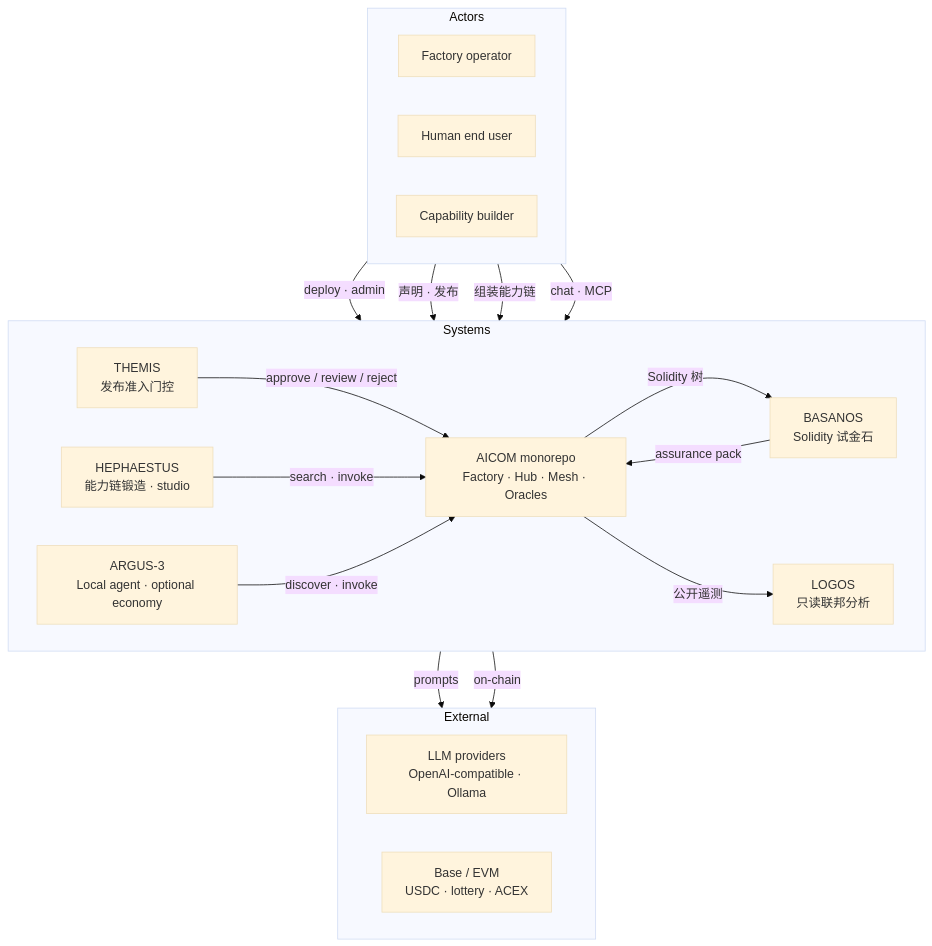
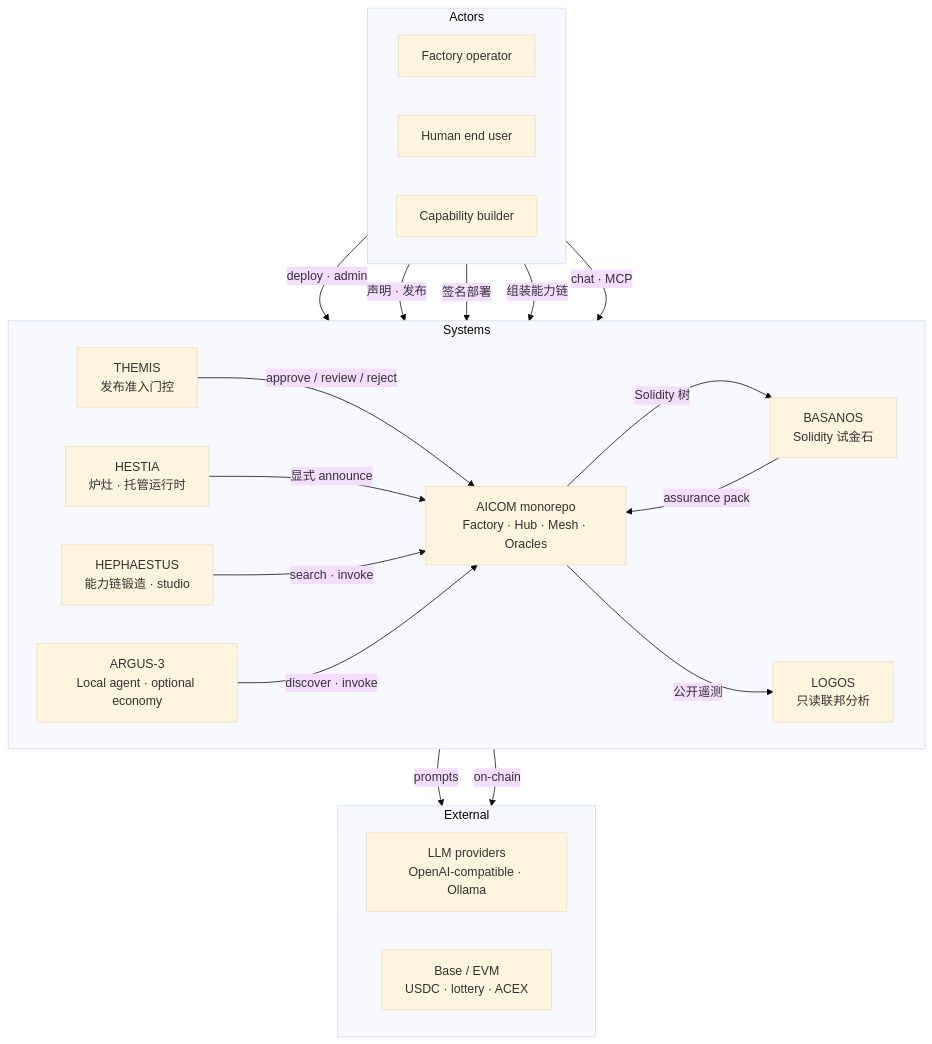
Before and after one commit to alexar76/aicom: the second of 5 diagrams in docs/ecosystem/whitepaper/zh.md, drawn with Mermaid (base theme). The commit also changed other lines of this file and 28 other files, not shown here.

````diff
--- a/docs/ecosystem/whitepaper/zh.md
+++ b/docs/ecosystem/whitepaper/zh.md
@@ -141,38 +144,41 @@
 ```mermaid
 flowchart TB
   subgraph actors["Actors"]
     direction LR
     operator["Factory operator"]
     enduser["Human end user"]
     builder["Capability builder"]
   end
 
   subgraph systems["Systems"]
     direction LR
     aicom["AICOM monorepo<br/>Factory · Hub · Mesh · Oracles"]
     themis["THEMIS<br/>发布准入门控"]
+    hestia["HESTIA<br/>炉灶 · 托管运行时"]
     basanos["BASANOS<br/>Solidity 试金石"]
     hephaestus["HEPHAESTUS<br/>能力链锻造 · studio"]
     logos["LOGOS<br/>只读联邦分析"]
     argus["ARGUS-3<br/>Local agent · optional economy"]
   end
 
   subgraph external["External"]
     direction LR
     llm["LLM providers<br/>OpenAI-compatible · Ollama"]
     chain["Base / EVM<br/>USDC · lottery · ACEX"]
   end
 
   operator -->|deploy · admin| aicom
   builder -->|声明 · 发布| themis
   themis -->|"approve / review / reject"| aicom
+  builder -->|签名部署| hestia
+  hestia -->|显式 announce| aicom
   enduser -->|组装能力链| hephaestus
   hephaestus -->|search · invoke| aicom
   aicom -->|Solidity 树| basanos
   basanos -->|assurance pack| aicom
   enduser -->|chat · MCP| argus
   argus -->|discover · invoke| aicom
   aicom -->|公开遥测| logos
   aicom -->|prompts| llm
   aicom -->|on-chain| chain
 ```
````
